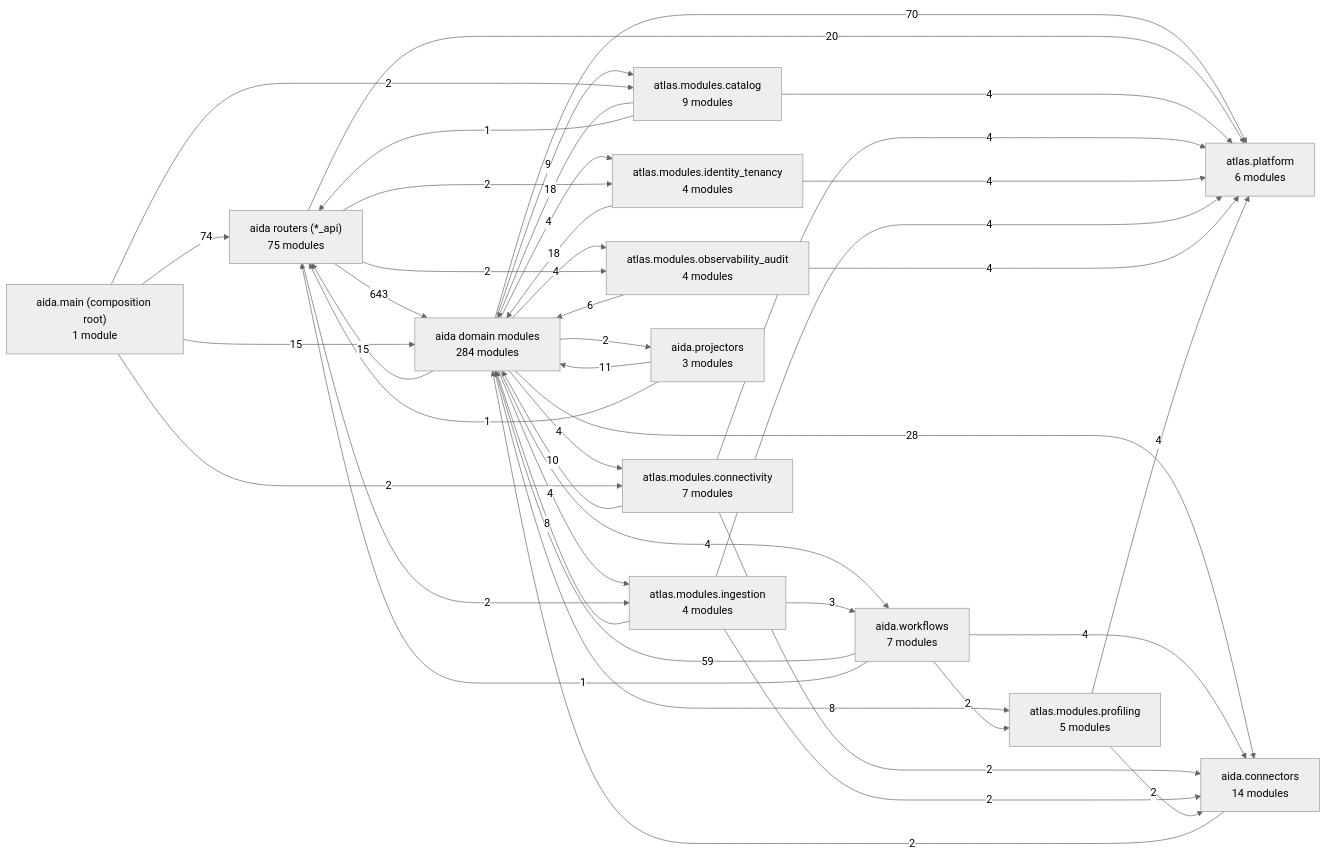
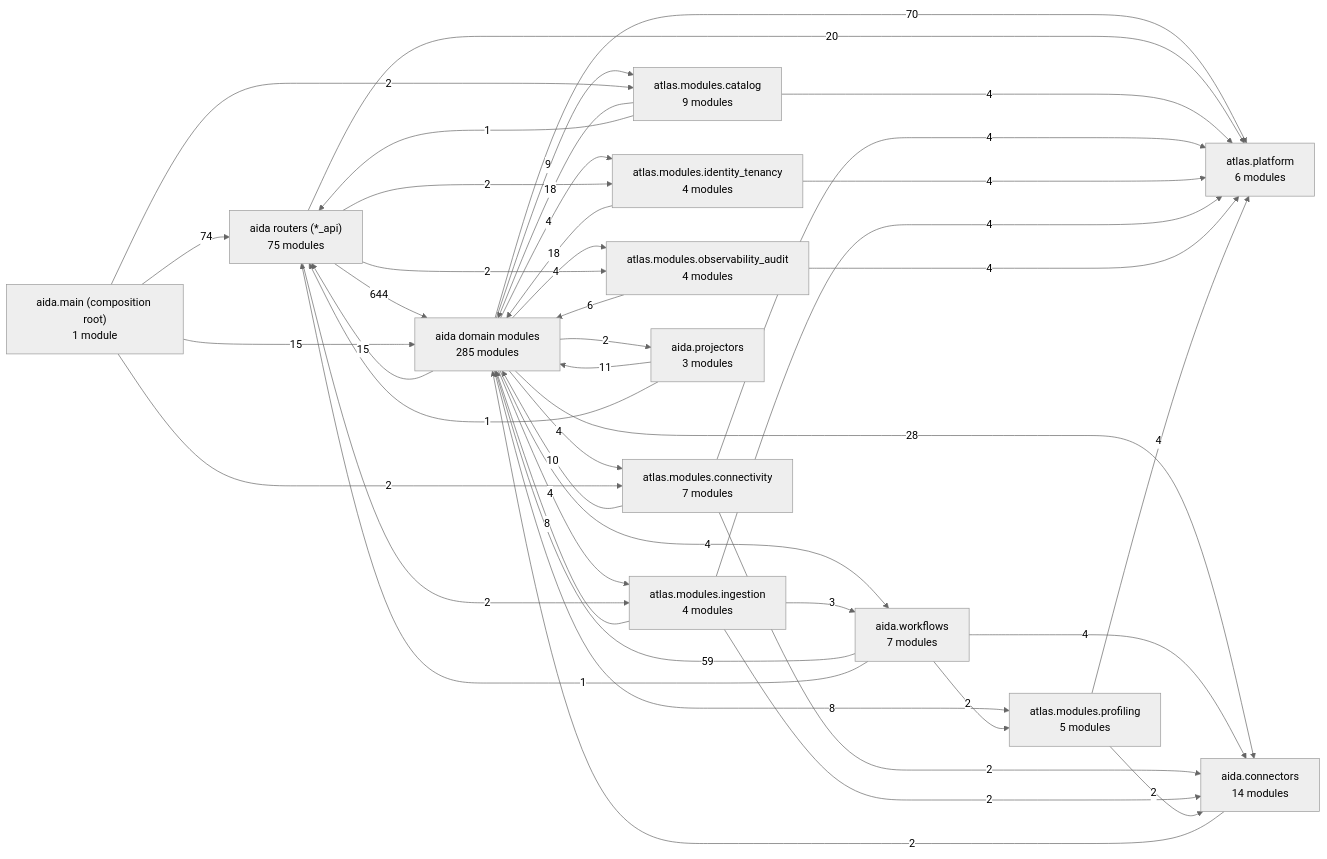
The first of 3 diagrams in Docs/10-architecture/14-generated-architecture-map.md (karuppusamym/AIDataAnalyst), drawn with Mermaid (neutral theme) before and after one commit. The commit also changed other lines of this file and 14 other files, not shown here.

````diff
--- a/Docs/10-architecture/14-generated-architecture-map.md
+++ b/Docs/10-architecture/14-generated-architecture-map.md
@@ -48,59 +48,59 @@
 ```mermaid
 graph LR
   app["aida.main (composition root)<br/>1 module"]
   routers["aida routers (*_api)<br/>75 modules"]
-  domain["aida domain modules<br/>284 modules"]
+  domain["aida domain modules<br/>285 modules"]
   ctx_catalog["atlas.modules.catalog<br/>9 modules"]
   ctx_connectivity["atlas.modules.connectivity<br/>7 modules"]
   ctx_identity_tenancy["atlas.modules.identity_tenancy<br/>4 modules"]
   ctx_ingestion["atlas.modules.ingestion<br/>4 modules"]
   ctx_observability_audit["atlas.modules.observability_audit<br/>4 modules"]
   ctx_profiling["atlas.modules.profiling<br/>5 modules"]
   connectors["aida.connectors<br/>14 modules"]
   workflows["aida.workflows<br/>7 modules"]
   projectors["aida.projectors<br/>3 modules"]
   platform["atlas.platform<br/>6 modules"]
-  routers -->|643| domain
+  routers -->|644| domain
   app -->|74| routers
   domain -->|70| platform
   workflows -->|59| domain
   domain -->|28| connectors
   routers -->|20| platform
   ctx_catalog -->|18| domain
   ctx_identity_tenancy -->|18| domain
   app -->|15| domain
   domain -->|15| routers
   projectors -->|11| domain
   ctx_connectivity -->|10| domain
   domain -->|9| ctx_catalog
   ctx_ingestion -->|8| domain
   domain -->|8| ctx_profiling
   ctx_observability_audit -->|6| domain
   ctx_catalog -->|4| platform
   ctx_connectivity -->|4| platform
   ctx_identity_tenancy -->|4| platform
   ctx_ingestion -->|4| platform
   ctx_observability_audit -->|4| platform
   ctx_profiling -->|4| platform
   domain -->|4| ctx_connectivity
   domain -->|4| ctx_identity_tenancy
   domain -->|4| ctx_ingestion
   domain -->|4| ctx_observability_audit
   domain -->|4| workflows
   workflows -->|4| connectors
   ctx_ingestion -->|3| workflows
   app -->|2| ctx_catalog
   app -->|2| ctx_connectivity
   connectors -->|2| domain
   ctx_connectivity -->|2| connectors
   ctx_ingestion -->|2| connectors
   ctx_profiling -->|2| connectors
   domain -->|2| projectors
   routers -->|2| ctx_identity_tenancy
   routers -->|2| ctx_ingestion
   routers -->|2| ctx_observability_audit
   workflows -->|2| ctx_profiling
   ctx_catalog -->|1| routers
   projectors -->|1| routers
   workflows -->|1| routers
 ```
````
